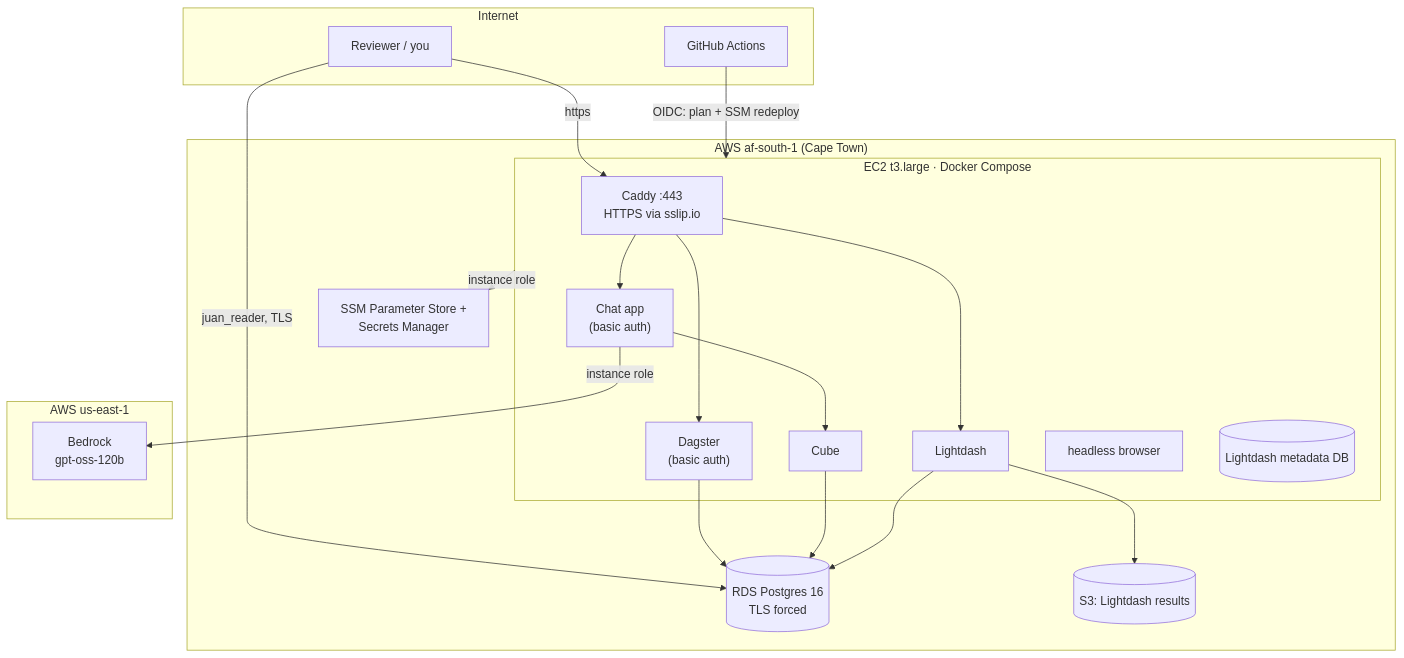
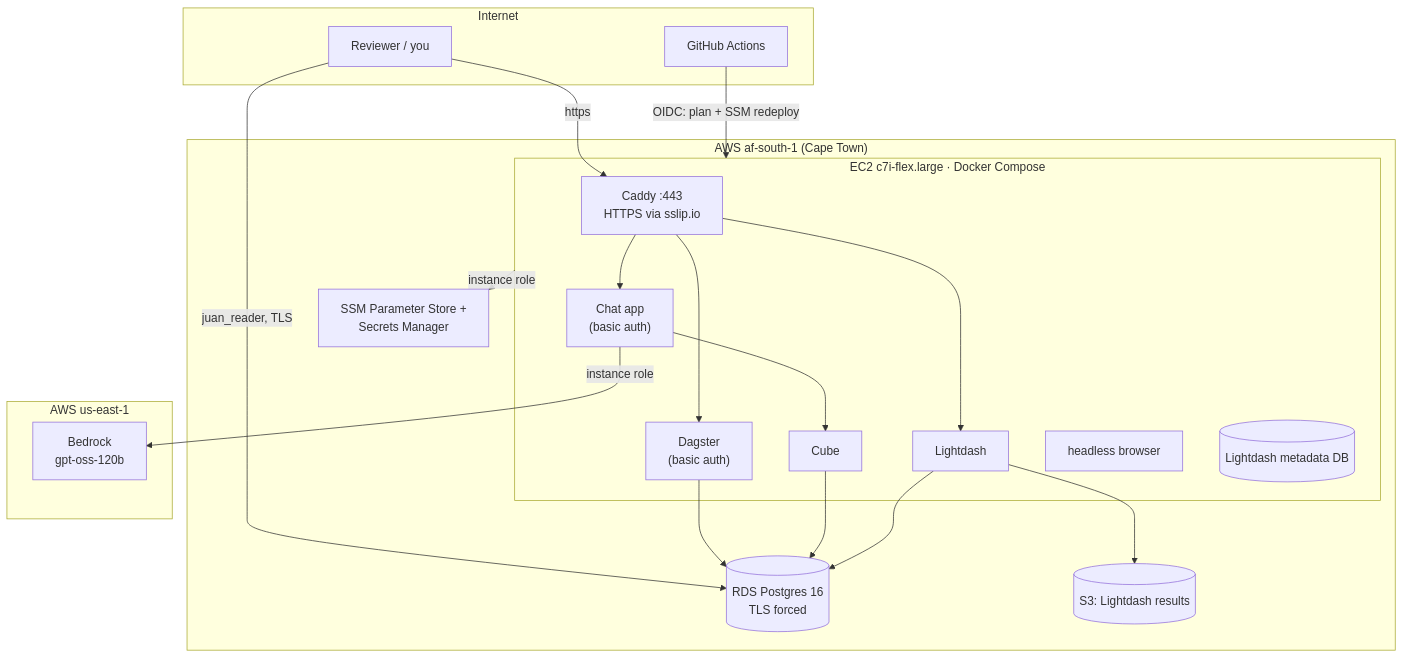
The third of 3 diagrams in docs/ARCHITECTURE.md (YoshlinPillay/kandua-assessment), drawn with Mermaid before and after one commit. The commit also changed other lines of this file and 7 other files, not shown here.

Commit message:
AWS: Free-plan instance c7i-flex.large + swap (D-032), static RDS parameter apply_method, credential-free tf-validate

````diff
--- a/docs/ARCHITECTURE.md
+++ b/docs/ARCHITECTURE.md
@@ -109,33 +109,33 @@
 ```mermaid
 flowchart TB
     subgraph Internet
         R[Reviewer / you]
         GH[GitHub Actions]
     end
     subgraph AWS_af["AWS af-south-1 (Cape Town)"]
-        subgraph EC2["EC2 t3.large · Docker Compose"]
+        subgraph EC2["EC2 c7i-flex.large · Docker Compose"]
             CADDY["Caddy :443<br/>HTTPS via sslip.io"]
             LDS[Lightdash]
             CH["Chat app<br/>(basic auth)"]
             DAG["Dagster<br/>(basic auth)"]
             CB[Cube]
             HB[headless browser]
             LDDB[(Lightdash metadata DB)]
         end
         RDS[("RDS Postgres 16<br/>TLS forced")]
         S3[("S3: Lightdash results")]
         SSM["SSM Parameter Store +<br/>Secrets Manager"]
     end
     subgraph AWS_us["AWS us-east-1"]
         BR["Bedrock<br/>gpt-oss-120b"]
     end
     R -- https --> CADDY
     CADDY --> LDS & CH & DAG
     R -- "juan_reader, TLS" --> RDS
     DAG & CB & LDS --> RDS
     LDS --> S3
     CH --> CB
     CH -- "instance role" --> BR
     EC2 -- "instance role" --> SSM
     GH -- "OIDC: plan + SSM redeploy" --> EC2
 ```
````
